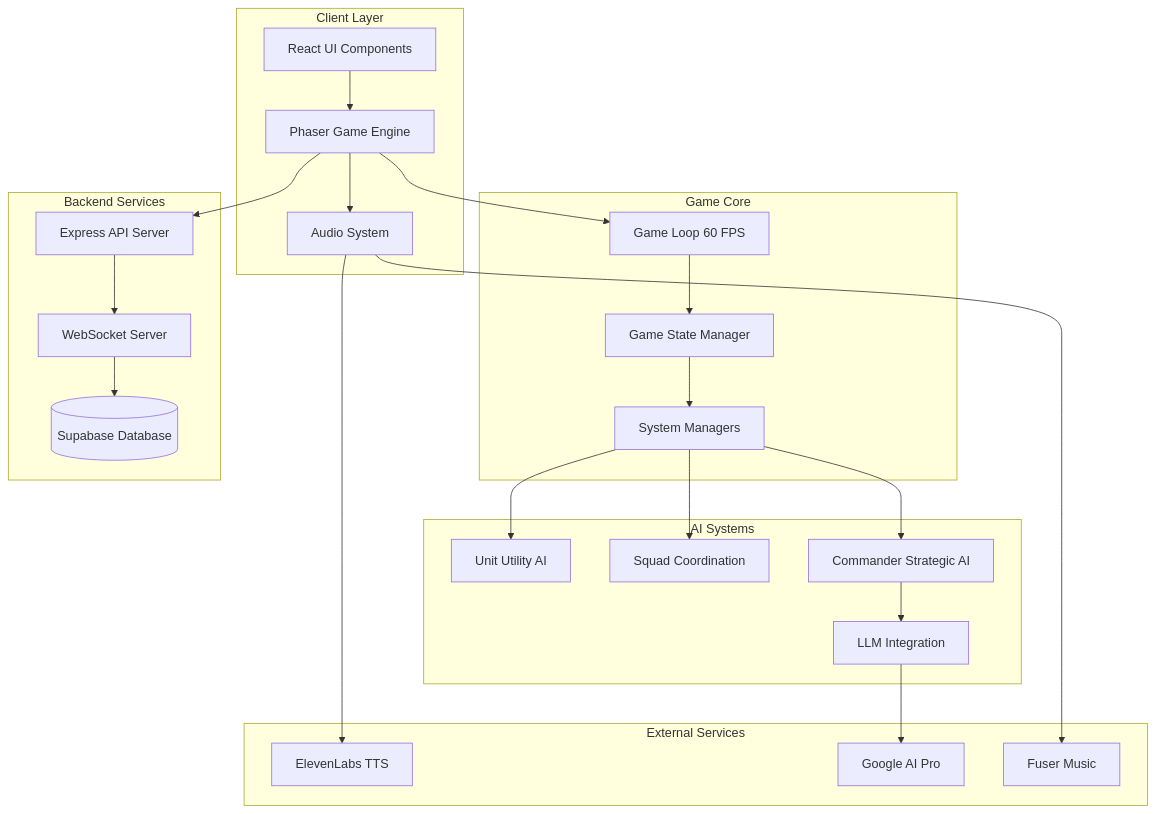
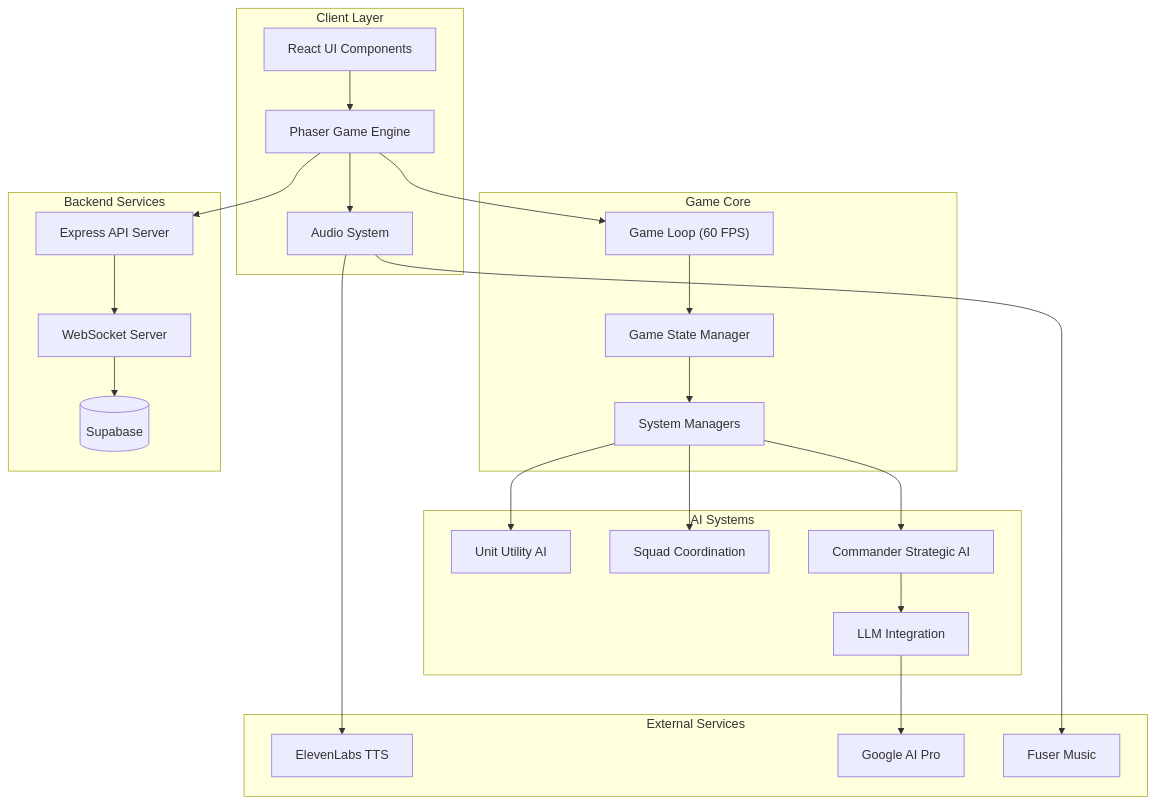
The first of 16 diagrams in README.md (lucylow/quaternion), drawn with Mermaid before and after one commit. The commit also changed other lines of this file and 3 other files, not shown here.

````diff
--- a/README.md
+++ b/README.md
@@ -129,49 +134,49 @@
 ```mermaid
 graph TB
     subgraph "Client Layer"
         UI[React UI Components]
         Game[Phaser Game Engine]
         Audio[Audio System]
     end
     
     subgraph "Game Core"
-        Loop[Game Loop 60 FPS]
-        State[Game State Manager]
-        Managers[System Managers]
+        Loop["Game Loop (60 FPS)"]
+        State["Game State Manager"]
+        Managers["System Managers"]
     end
     
     subgraph "AI Systems"
-        UnitAI[Unit Utility AI]
-        SquadAI[Squad Coordination]
-        CommanderAI[Commander Strategic AI]
-        LLM[LLM Integration]
+        UnitAI["Unit Utility AI"]
+        SquadAI["Squad Coordination"]
+        CommanderAI["Commander Strategic AI"]
+        LLM["LLM Integration"]
     end
     
     subgraph "Backend Services"
-        API[Express API Server]
-        WS[WebSocket Server]
-        DB[(Supabase Database)]
+        API["Express API Server"]
+        WS["WebSocket Server"]
+        DB[(Supabase)]
     end
     
     subgraph "External Services"
-        ElevenLabs[ElevenLabs TTS]
-        GoogleAI[Google AI Pro]
-        Fuser[Fuser Music]
+        ElevenLabs["ElevenLabs TTS"]
+        GoogleAI["Google AI Pro"]
+        Fuser["Fuser Music"]
     end
     
     UI --> Game
     Game --> Loop
     Loop --> State
     State --> Managers
     Managers --> UnitAI
     Managers --> SquadAI
     Managers --> CommanderAI
     CommanderAI --> LLM
     LLM --> GoogleAI
     Game --> Audio
     Audio --> ElevenLabs
     Audio --> Fuser
     Game --> API
     API --> WS
     WS --> DB
 ```
````
